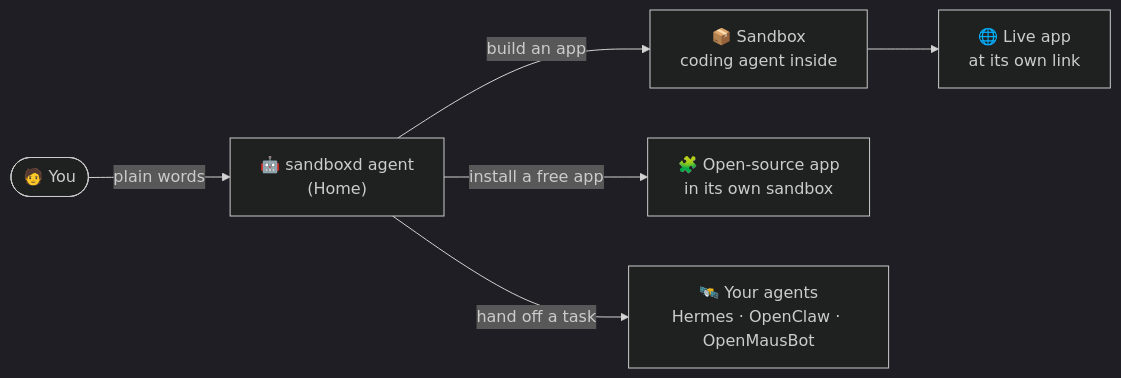
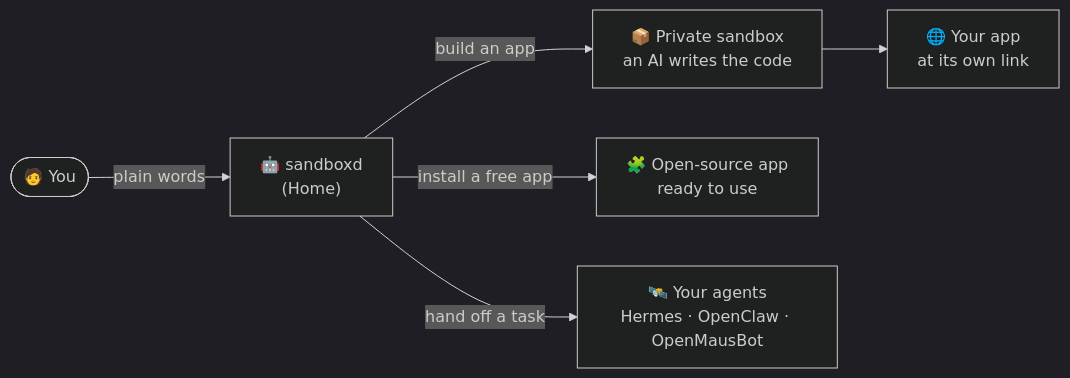
One commit to tastyeffectco/sandboxd changed the diagram in README.md. Above: the diagram before and after it, drawn with Mermaid (dark theme). The commit also changed other lines of this file and 8 other files, not shown here.

````diff
--- a/README.md
+++ b/README.md
@@ -72,7 +60,7 @@
 ```mermaid
 flowchart LR
-    you(["🧑 You"]) -- "plain words" --> agent["🤖 sandboxd agent<br/>(Home)"]
-    agent -- "build an app" --> sb["📦 Sandbox<br/>coding agent inside"] --> url["🌐 Live app<br/>at its own link"]
-    agent -- "install a free app" --> free["🧩 Open-source app<br/>in its own sandbox"]
+    you(["🧑 You"]) -- "plain words" --> agent["🤖 sandboxd<br/>(Home)"]
+    agent -- "build an app" --> sb["📦 Private sandbox<br/>an AI writes the code"] --> url["🌐 Your app<br/>at its own link"]
+    agent -- "install a free app" --> free["🧩 Open-source app<br/>ready to use"]
     agent -- "hand off a task" --> crew["🛰️ Your agents<br/>Hermes · OpenClaw · OpenMausBot"]
 ```
````
